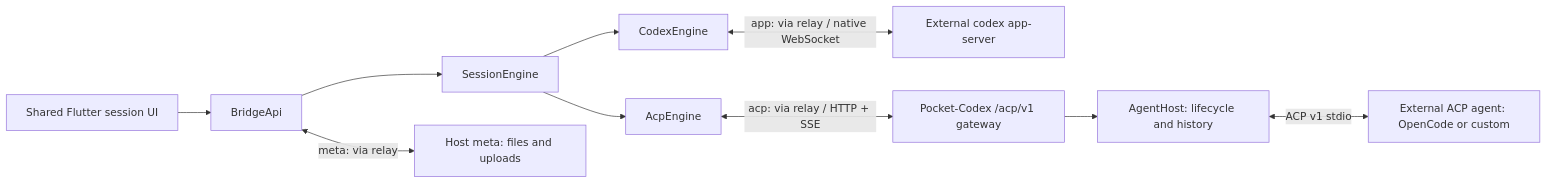
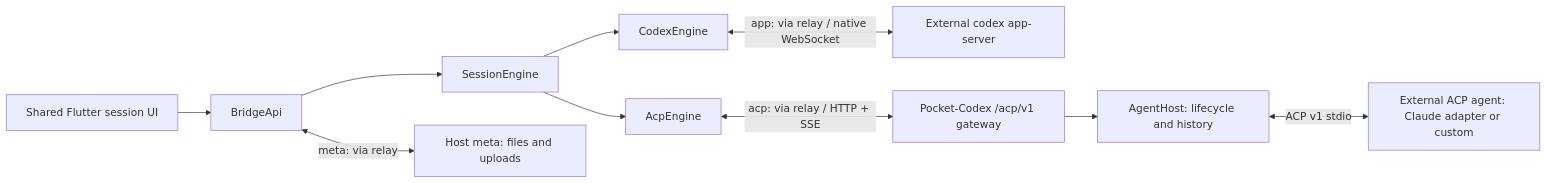
The diagram in docs/acp-agents.md (HandsomeYang661/POCOX), drawn with Mermaid before and after one commit. The commit also changed other lines of this file and 253 other files, not shown here.

First line of the commit message:
Add native OpenCode hosting, safe session access, and gateway models (#109)

````diff
--- a/docs/acp-agents.md
+++ b/docs/acp-agents.md
@@ -18,12 +20,12 @@
 ```mermaid
 flowchart LR
   UI[Shared Flutter session UI] --> API[BridgeApi]
   API --> E[SessionEngine]
   E --> C[CodexEngine]
   E --> A[AcpEngine]
   C <-->|"app: via relay / native WebSocket"| N[External codex app-server]
   A <-->|"acp: via relay / HTTP + SSE"| G[Pocket-Codex /acp/v1 gateway]
   G --> H[AgentHost: lifecycle and history]
-  H <-->|ACP v1 stdio| P[External ACP agent: OpenCode or custom]
+  H <-->|ACP v1 stdio| P[External ACP agent: Claude adapter or custom]
   API <-->|"meta: via relay"| M[Host meta: files and uploads]
 ```
````
